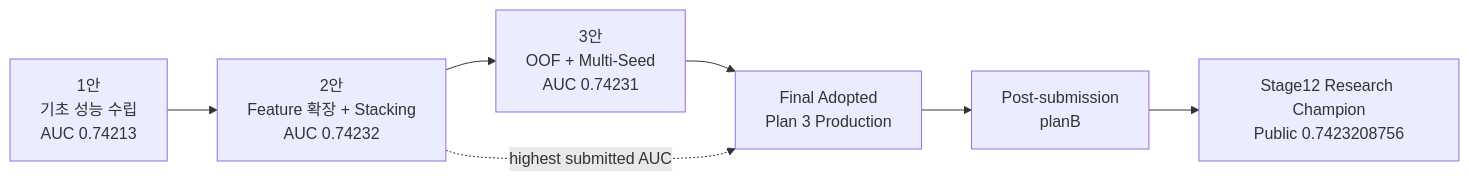
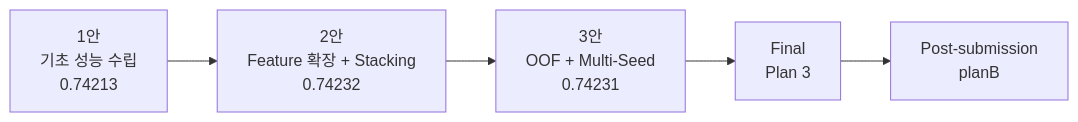
The diagram in README.md (nanimnoworry/PSP), drawn with Mermaid before and after one commit. The commit also changed other lines of this file, not shown here.

````diff
--- a/README.md
+++ b/README.md
@@ -50,13 +36,11 @@
 ```mermaid
 flowchart LR
-    A[1안<br/>기초 성능 수립<br/>AUC 0.74213]
-    B[2안<br/>Feature 확장 + Stacking<br/>AUC 0.74232]
-    C[3안<br/>OOF + Multi-Seed<br/>AUC 0.74231]
-    D[Final Adopted<br/>Plan 3 Production]
+    A[1안<br/>기초 성능 수립<br/>0.74213]
+    B[2안<br/>Feature 확장 + Stacking<br/>0.74232]
+    C[3안<br/>OOF + Multi-Seed<br/>0.74231]
+    D[Final<br/>Plan 3]
     R[Post-submission<br/>planB]
-    S[Stage12 Research Champion<br/>Public 0.7423208756]
 
     A --> B --> C --> D
-    B -. highest submitted AUC .-> D
-    D --> R --> S
+    D --> R
 ```
````
